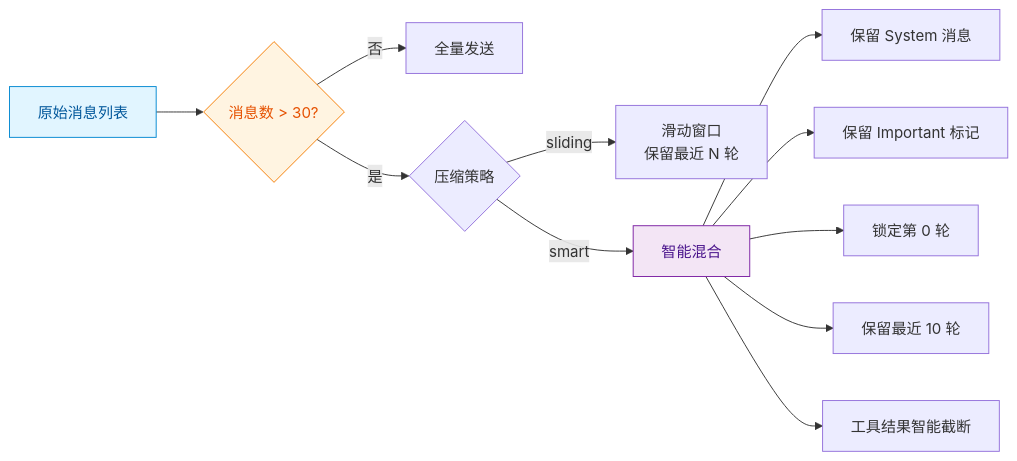
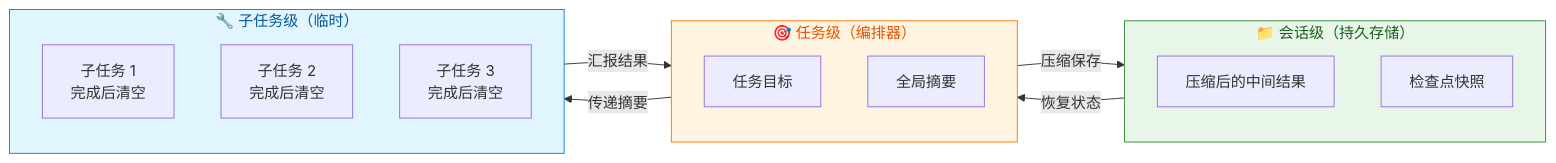
Before and after one commit to FreezeSoul/freezesoul.github.com: the seventh of 8 diagrams in _posts/2026-03-03-agent-design-01-architecture.md, drawn with Mermaid. The commit also changed other lines of this file and 2 other files, not shown here.

````diff
--- a/_posts/2026-03-03-agent-design-01-architecture.md
+++ b/_posts/2026-03-03-agent-design-01-architecture.md
@@ -417,19 +432,27 @@
 ```mermaid
 flowchart LR
-    Input["原始消息列表"] --> Check{消息数 > 30?}
-    Check -->|否| Pass["全量发送"]
-    Check -->|是| Strategy{压缩策略}
+    subgraph Session["📁 会话级（持久存储）"]
+        Compressed["压缩后的中间结果"]
+        Checkpoints["检查点快照"]
+    end
 
-    Strategy -->|sliding| Slide["滑动窗口<br/>保留最近 N 轮"]
-    Strategy -->|smart| Smart["智能混合"]
+    subgraph Task["🎯 任务级（编排器）"]
+        Goal["任务目标"]
+        Summary["全局摘要"]
+    end
 
-    Smart --> Rule1["保留 System 消息"]
-    Smart --> Rule2["保留 Important 标记"]
-    Smart --> Rule3["锁定第 0 轮"]
-    Smart --> Rule4["保留最近 10 轮"]
-    Smart --> Rule5["工具结果智能截断"]
+    subgraph Subtask["🔧 子任务级（临时）"]
+        ST1["子任务 1<br/>完成后清空"]
+        ST2["子任务 2<br/>完成后清空"]
+        ST3["子任务 3<br/>完成后清空"]
+    end
 
-    style Input fill:#e1f5ff,stroke:#0288d1,color:#01579b
-    style Check fill:#fff4e1,stroke:#f57c00,color:#e65100
-    style Smart fill:#f3e5f5,stroke:#7b1fa2,color:#4a148c
+    Task -->|传递摘要| Subtask
+    Subtask -->|汇报结果| Task
+    Task -->|压缩保存| Session
+    Session -->|恢复状态| Task
+
+    style Session fill:#e8f5e9,stroke:#388e3c,color:#1b5e20
+    style Task fill:#fff4e1,stroke:#f57c00,color:#e65100
+    style Subtask fill:#e1f5ff,stroke:#0288d1,color:#01579b
 ```
````
